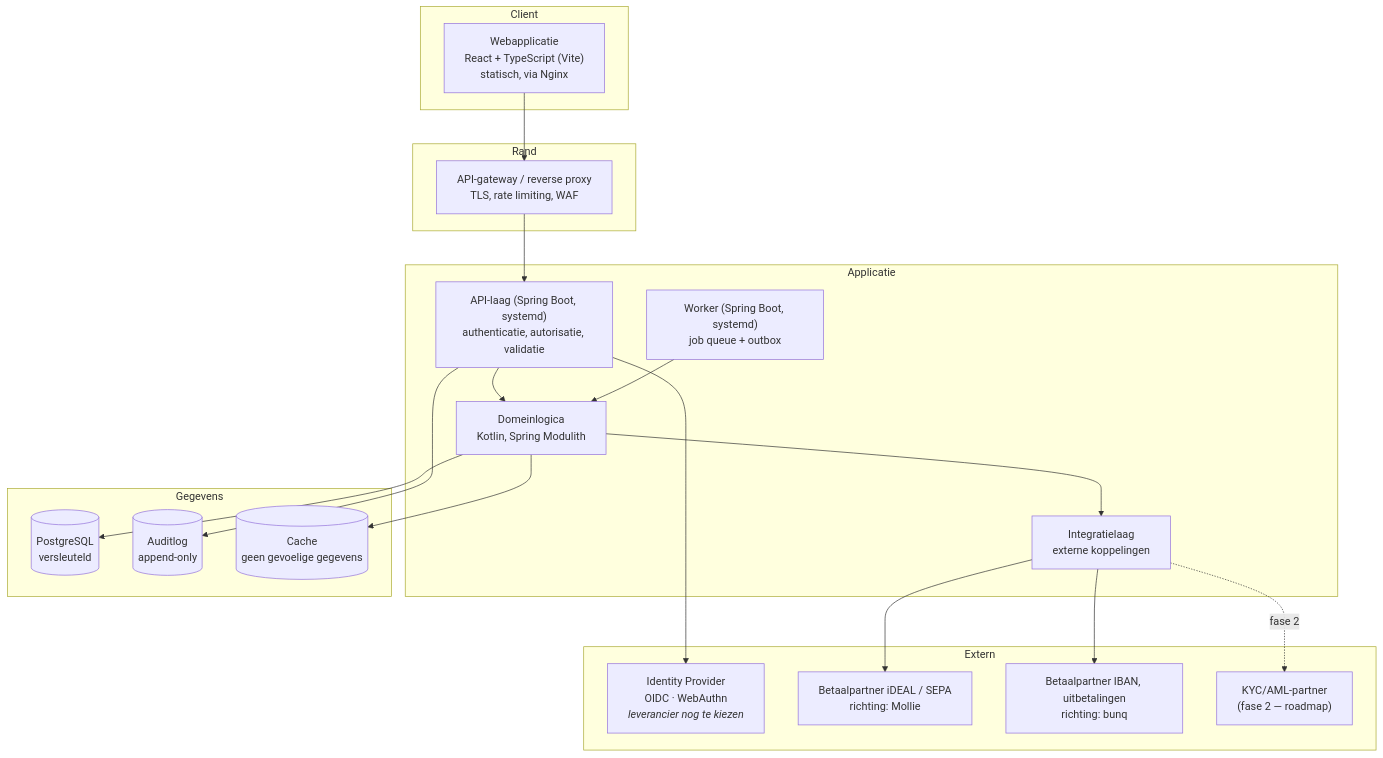
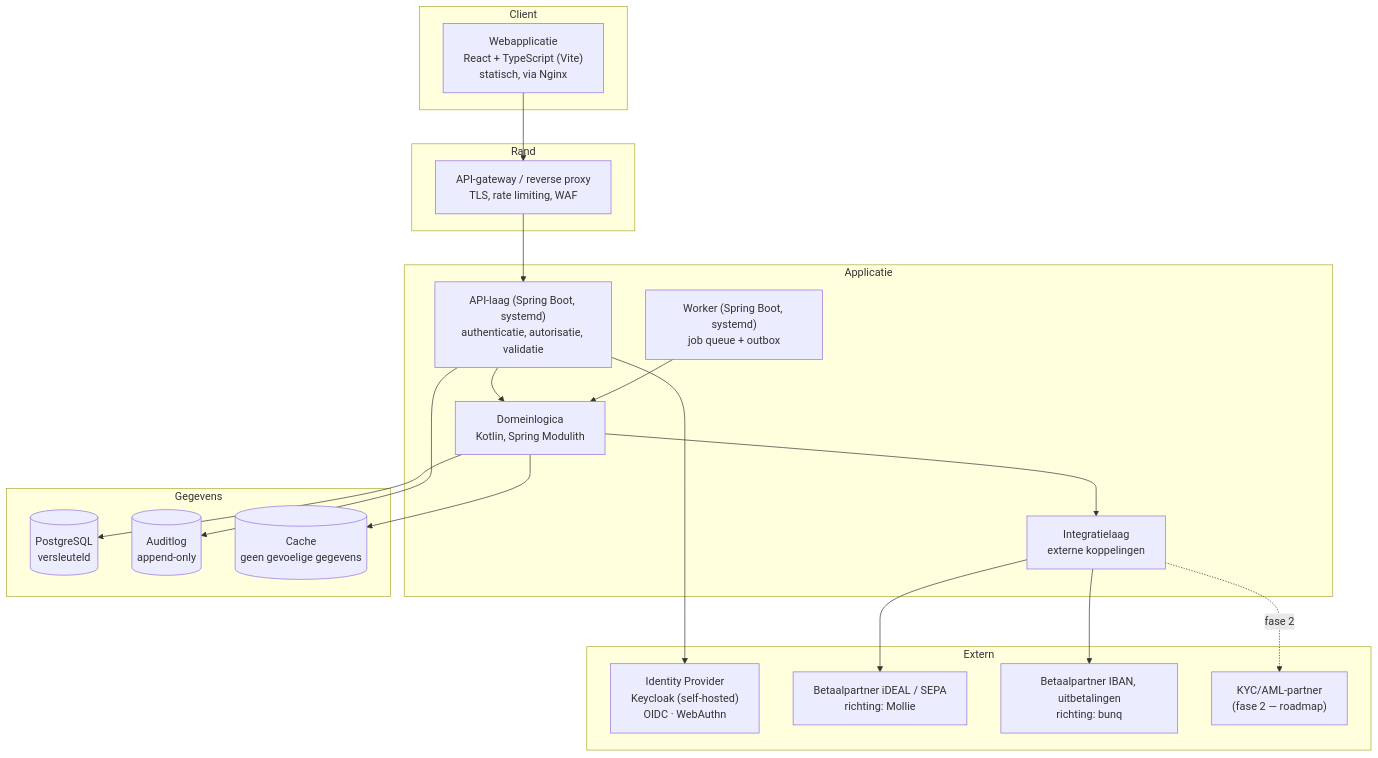
Before and after one commit to WildcatKSS/SolidYield: the diagram in docs/architecture/architecture-overview.md, drawn with Mermaid. The commit also changed other lines of this file and 14 other files, not shown here.

````diff
--- a/docs/architecture/architecture-overview.md
+++ b/docs/architecture/architecture-overview.md
@@ -26,37 +26,37 @@
 ```mermaid
 graph TB
     subgraph client["Client"]
         WEB["Webapplicatie<br/>React + TypeScript (Vite)<br/>statisch, via Nginx"]
     end
     subgraph edge["Rand"]
         GW["API-gateway / reverse proxy<br/>TLS, rate limiting, WAF"]
     end
     subgraph app["Applicatie"]
         API["API-laag (Spring Boot, systemd)<br/>authenticatie, autorisatie, validatie"]
         DOM["Domeinlogica<br/>Kotlin, Spring Modulith"]
         INT["Integratielaag<br/>externe koppelingen"]
         JOB["Worker (Spring Boot, systemd)<br/>job queue + outbox"]
     end
     subgraph data["Gegevens"]
         DB[("PostgreSQL<br/>versleuteld")]
         AUD[("Auditlog<br/>append-only")]
         CACHE[("Cache<br/>geen gevoelige gegevens")]
     end
     subgraph ext["Extern"]
-        IDP["Identity Provider<br/>OIDC · WebAuthn<br/><i>leverancier nog te kiezen</i>"]
+        IDP["Identity Provider<br/>Keycloak (self-hosted)<br/>OIDC · WebAuthn"]
         MOL["Betaalpartner iDEAL / SEPA<br/>richting: Mollie"]
         BUNQ["Betaalpartner IBAN, uitbetalingen<br/>richting: bunq"]
         KYCP["KYC/AML-partner<br/>(fase 2 — roadmap)"]
     end
 
     WEB --> GW --> API
     API --> DOM --> DB
     API --> AUD
     DOM --> INT
     INT --> MOL
     INT --> BUNQ
     INT -.fase 2.-> KYCP
     API --> IDP
     JOB --> DOM
     DOM --> CACHE
 ```
````
